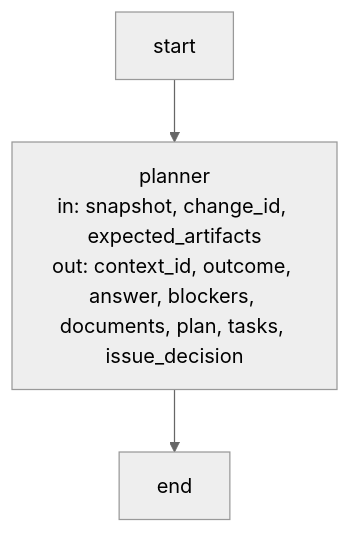
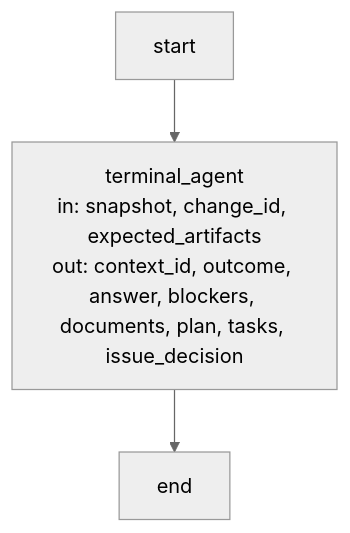
Before and after one commit to FTOD/concorde: the diagram in specs/concorde/harness/execution-reference.md, drawn with Mermaid (neutral theme). The commit also changed other lines of this file and 128 other files, not shown here.

Commit message:
Complete native Issue solving and optional StateGraph architecture

````diff
--- a/specs/concorde/harness/execution-reference.md
+++ b/specs/concorde/harness/execution-reference.md
@@ -1013,11 +990,11 @@
 ```mermaid
 flowchart TB
-    %% graph: operation_node
-    accTitle: Operation node
-    accDescr: One worker invocation: the admitted typed context enters, the launcher runs the Pi worker, and the validated typed result leaves.
+    %% graph: terminal_agent_operation
+    accTitle: Explicit terminal Agent Operation
+    accDescr: A typed StateGraph transition invokes an explicitly supplied trusted native Agent service and validates its returned State.
     __start__["start"]
-    planner["planner<br/>in: snapshot, change_id, expected_artifacts<br/>out: context_id, outcome, answer, blockers, documents, plan, tasks, issue_decision"]
+    terminal_agent["terminal_agent<br/>in: snapshot, change_id, expected_artifacts<br/>out: context_id, outcome, answer, blockers, documents, plan, tasks, issue_decision"]
     __end__["end"]
-    __start__ --> planner
-    planner --> __end__
+    __start__ --> terminal_agent
+    terminal_agent --> __end__
 ```
````
